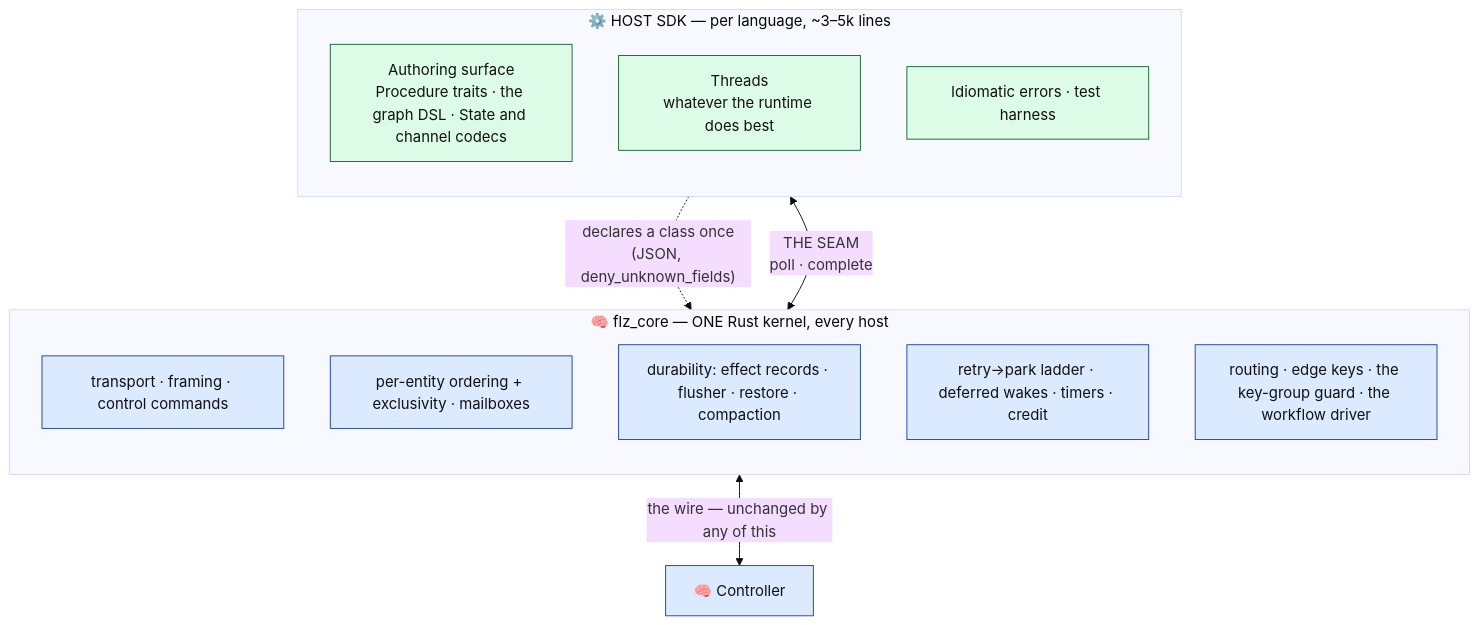
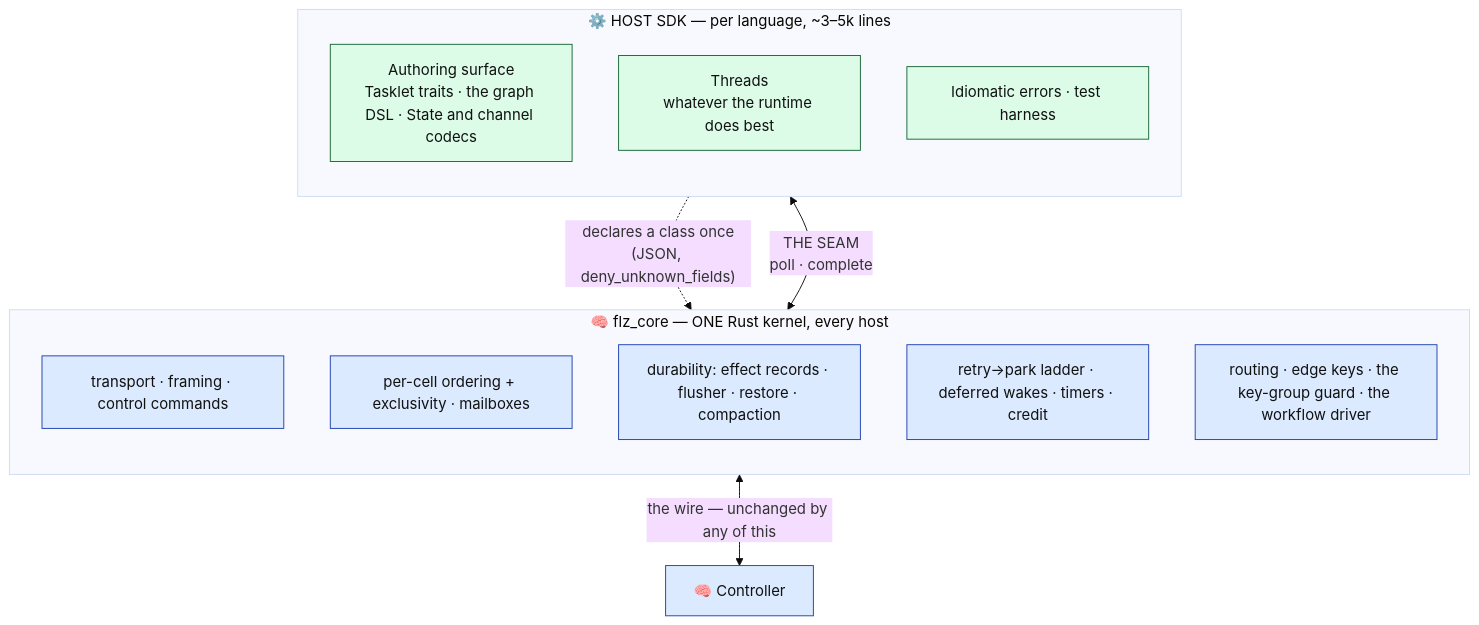
One commit to Flezha/flezha changed the first of 8 diagrams in docs/architecture/runner.md. Above: the diagram before and after it, drawn with Mermaid (base theme). The commit also changed other lines of this file and 604 other files, not shown here.

First line of the commit message:
Rename Procedure to Tasklet and Entity to Cell

````diff
--- a/docs/architecture/runner.md
+++ b/docs/architecture/runner.md
@@ -22,27 +22,27 @@
 ```mermaid
 flowchart TB
     subgraph HOST["⚙️ HOST SDK — per language, ~3–5k lines"]
         direction TB
-        AUTH["Authoring surface<br/>Procedure traits · the graph DSL · State and channel codecs"]:::exec
+        AUTH["Authoring surface<br/>Tasklet traits · the graph DSL · State and channel codecs"]:::exec
         THREADS["Threads<br/>whatever the runtime does best"]:::exec
         TEST["Idiomatic errors · test harness"]:::exec
     end
 
     subgraph CORE["🧠 flz_core — ONE Rust kernel, every host"]
         direction TB
         C1["transport · framing · control commands"]:::ctrl
-        C2["per-entity ordering + exclusivity · mailboxes"]:::ctrl
+        C2["per-cell ordering + exclusivity · mailboxes"]:::ctrl
         C3["durability: effect records · flusher · restore · compaction"]:::ctrl
         C4["retry→park ladder · deferred wakes · timers · credit"]:::ctrl
         C5["routing · edge keys · the key-group guard · the workflow driver"]:::ctrl
     end
 
     CTRL["🧠 Controller"]:::ctrl
 
     AUTH -.->|"declares a class once<br/>(JSON, deny_unknown_fields)"| CORE
     THREADS <-->|"THE SEAM<br/>poll · complete"| CORE
     CORE <-->|"the wire — unchanged by any of this"| CTRL
 
     classDef ctrl fill:#dbeafe,stroke:#1e40af,color:#111
     classDef exec fill:#dcfce7,stroke:#166534,color:#111
 ```
````
